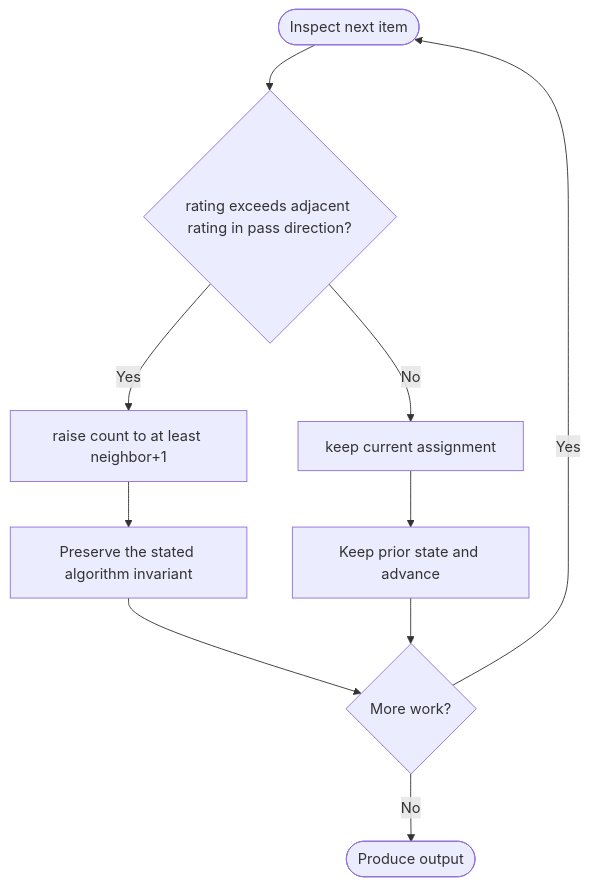
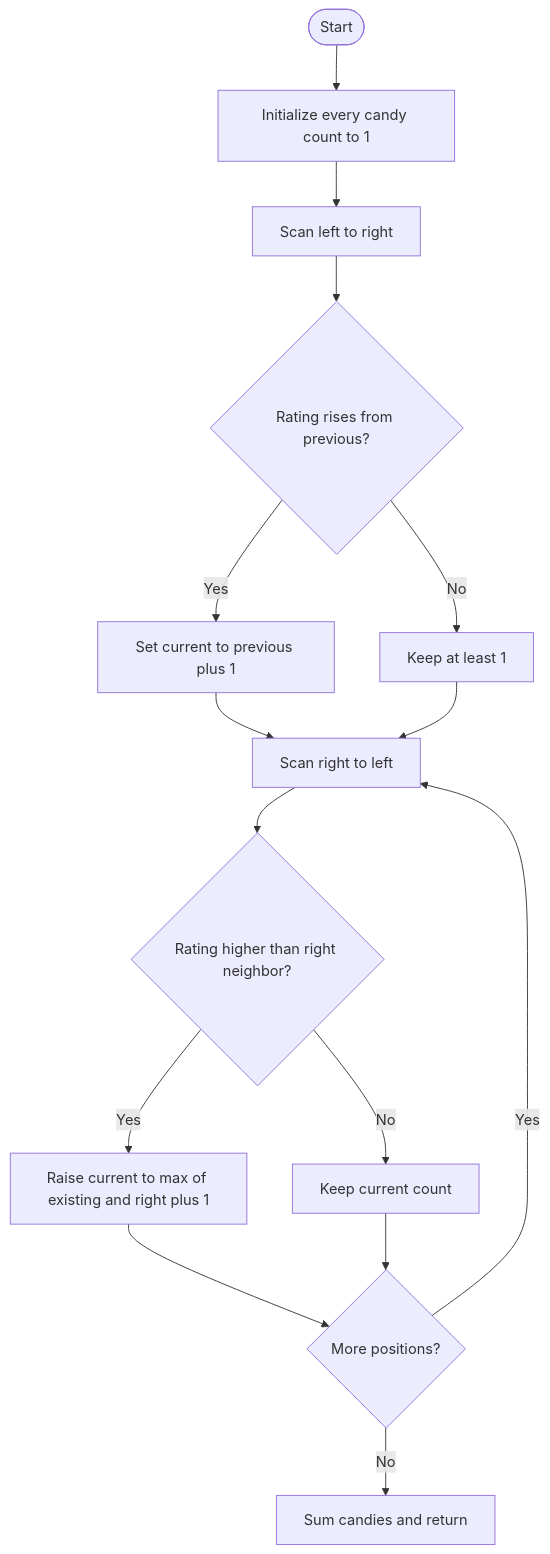
The diagram in LeetCode/135/README.md (SAIDEEPBHANGE/C-CPP-Codes), drawn with Mermaid before and after one commit. The commit also changed other lines of this file and 196 other files, not shown here.

````diff
--- a/LeetCode/135/README.md
+++ b/LeetCode/135/README.md
@@ -28,12 +31,17 @@
 ```mermaid
 flowchart TD
-    A([Inspect next item]) --> B{rating exceeds adjacent rating in pass direction?}
-    B -- Yes --> C[raise count to at least neighbor+1]
-    B -- No --> D[keep current assignment]
-    C --> E[Preserve the stated algorithm invariant]
-    D --> F[Keep prior state and advance]
-    E --> G{More work?}
-    F --> G
-    G -- Yes --> A
-    G -- No --> H([Produce output])
+ A([Start]) --> B[Initialize every candy count to 1]
+ B --> C[Scan left to right]
+ C --> D{Rating rises from previous?}
+ D -- Yes --> E[Set current to previous plus 1]
+ D -- No --> F[Keep at least 1]
+ E --> G[Scan right to left]
+ F --> G
+ G --> H{Rating higher than right neighbor?}
+ H -- Yes --> I[Raise current to max of existing and right plus 1]
+ H -- No --> J[Keep current count]
+ I --> K{More positions?}
+ J --> K
+ K -- Yes --> G
+ K -- No --> L[Sum candies and return]
 ```
````
